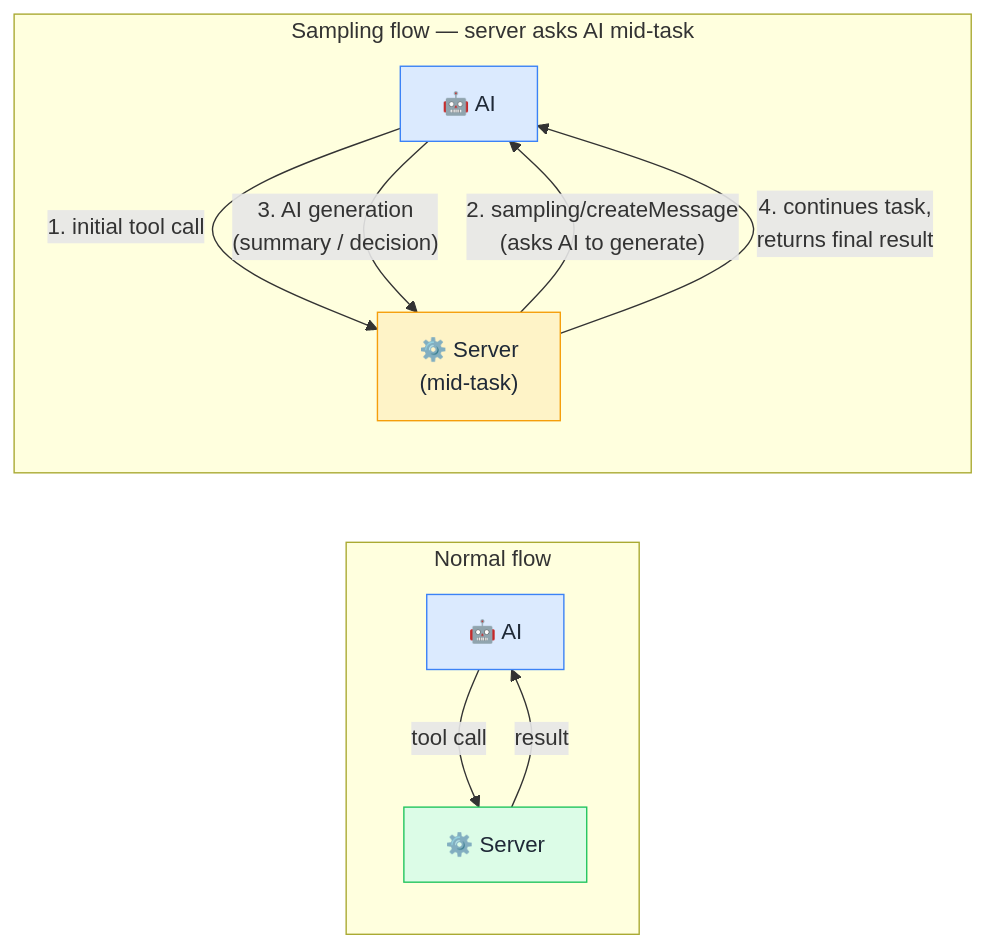
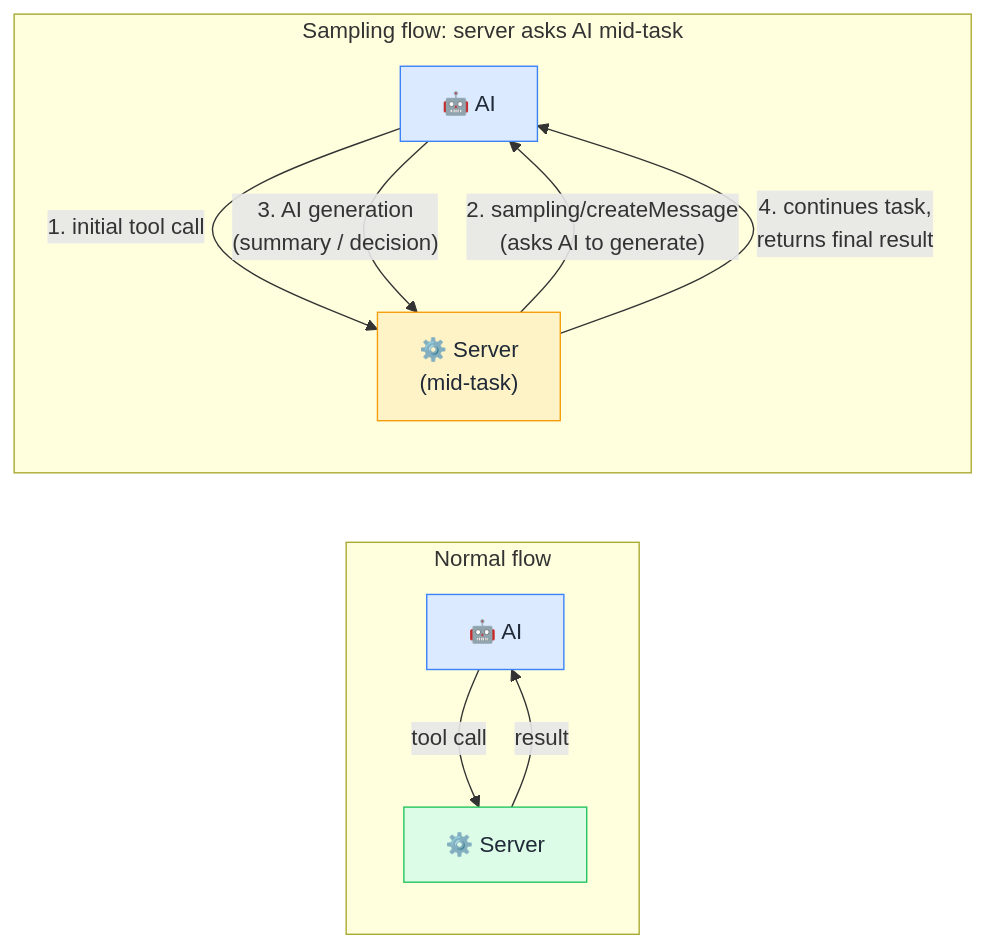
The diagram in data/sampling.md (behnia137/mcp-for-data-visual), drawn with Mermaid before and after one commit. The commit also changed other lines of this file and 17 other files, not shown here.

````diff
--- a/data/sampling.md
+++ b/data/sampling.md
@@ -7,18 +7,18 @@
 ```mermaid
 flowchart LR
     subgraph normal["Normal flow"]
         AI1["🤖 AI"] -->|"tool call"| SV1["⚙️ Server"]
         SV1 -->|"result"| AI1
         style AI1 fill:#dbeafe,stroke:#3b82f6,color:#1f2937
         style SV1 fill:#dcfce7,stroke:#22c55e,color:#1f2937
     end
 
-    subgraph sampling["Sampling flow — server asks AI mid-task"]
+    subgraph sampling["Sampling flow: server asks AI mid-task"]
         AI2["🤖 AI"] -->|"1. initial tool call"| SV2["⚙️ Server\n(mid-task)"]
         SV2 -->|"2. sampling/createMessage\n(asks AI to generate)"| AI2
         AI2 -->|"3. AI generation\n(summary / decision)"| SV2
         SV2 -->|"4. continues task,\nreturns final result"| AI2
         style AI2 fill:#dbeafe,stroke:#3b82f6,color:#1f2937
         style SV2 fill:#fef3c7,stroke:#f59e0b,color:#1f2937
     end
 ```
````
